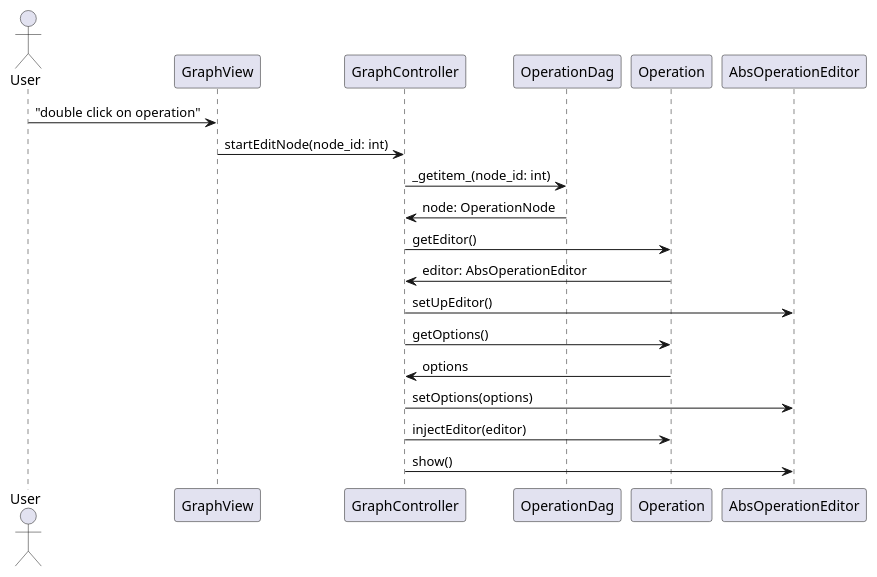
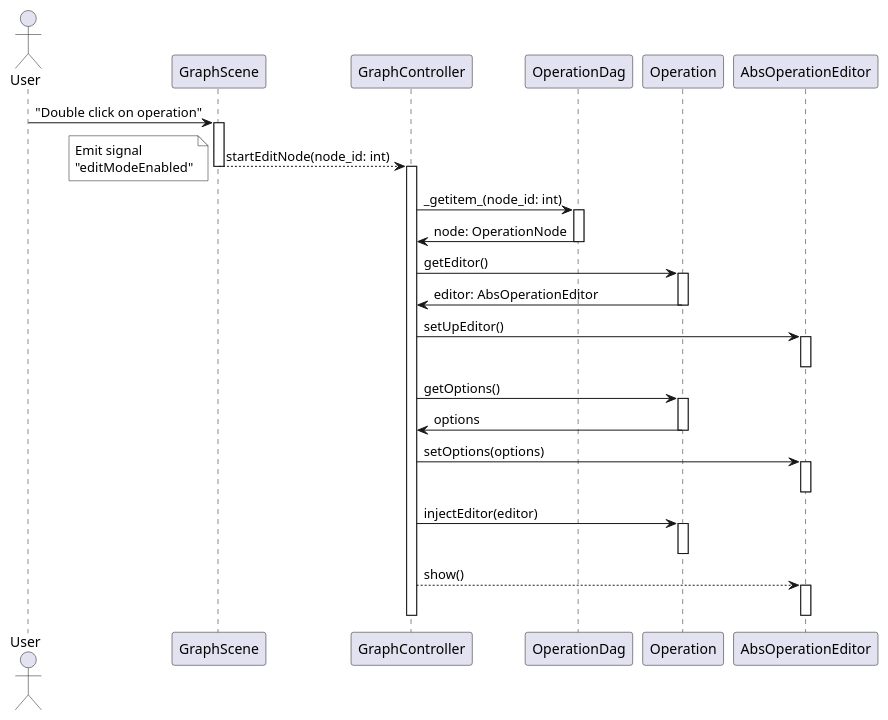
Before and after one commit to alezanga/dataMole: the third of 7 diagrams in uml/controller.puml, drawn with PlantUML. The commit also changed other lines of this file and 172 other files, not shown here.

```diff
--- a/uml/controller.puml
+++ b/uml/controller.puml
@@ -44,17 +79,38 @@
 @startuml operation_config
-
 actor User
 
-User -> GraphView: "double click on operation"
-GraphView -> GraphController: startEditNode(node_id: int)
+User -> GraphScene: "Double click on operation"
+activate GraphScene
+GraphScene --> GraphController: startEditNode(node_id: int)
+note left #White
+Emit signal 
+"editModeEnabled"
+endnote
+deactivate GraphScene
+activate GraphController
 GraphController -> OperationDag: _getitem_(node_id: int)
+activate OperationDag
 GraphController <- OperationDag: node: OperationNode
+deactivate OperationDag
 GraphController -> Operation: getEditor()
+activate Operation
 Operation -> GraphController: editor: AbsOperationEditor
+deactivate Operation
 GraphController -> AbsOperationEditor: setUpEditor()
+activate AbsOperationEditor
+deactivate AbsOperationEditor
 GraphController -> Operation: getOptions()
+activate Operation
 GraphController <- Operation: options
+deactivate Operation
 GraphController -> AbsOperationEditor: setOptions(options)
+activate AbsOperationEditor
+deactivate AbsOperationEditor
 GraphController -> Operation: injectEditor(editor)
-GraphController -> AbsOperationEditor: show()
+activate Operation
+deactivate Operation
+GraphController --> AbsOperationEditor: show()
+activate AbsOperationEditor
+deactivate AbsOperationEditor
+deactivate GraphController
 @enduml
```
